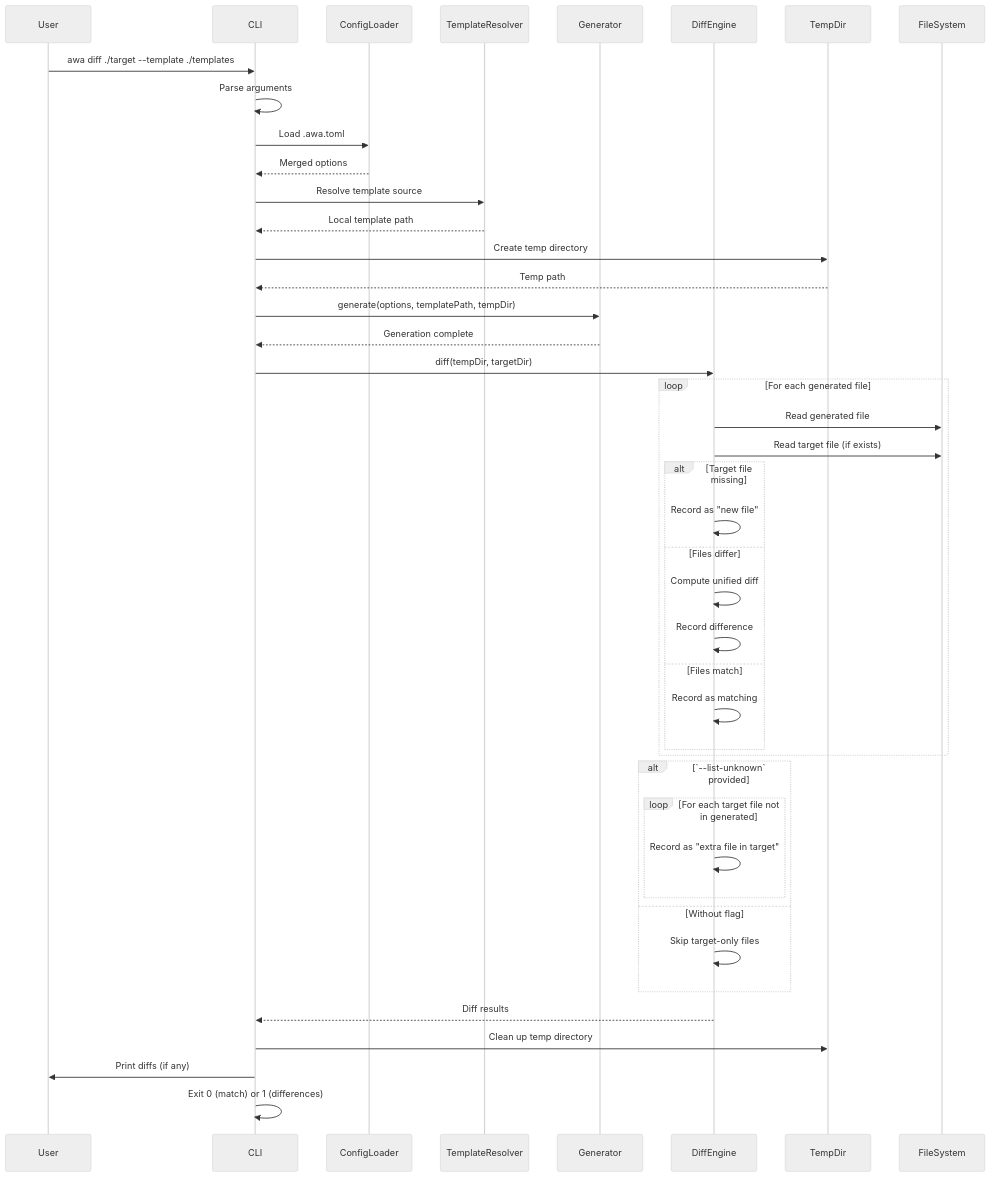
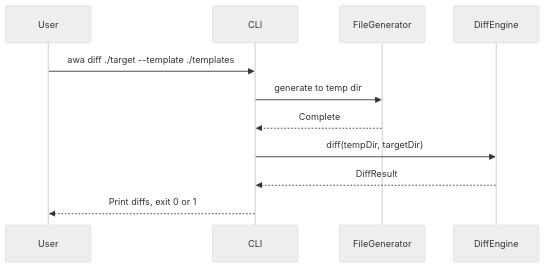
One commit to ncoderz/awa changed the third of 3 diagrams in .awa/specs/ARCHITECTURE.md. Above: the diagram before and after it, drawn with Mermaid (neutral theme). The commit also changed other lines of this file and 9 other files, not shown here.

````diff
--- a/.awa/specs/ARCHITECTURE.md
+++ b/.awa/specs/ARCHITECTURE.md
@@ -419,52 +385,14 @@
 ```mermaid
 sequenceDiagram
     participant User
     participant CLI
-    participant ConfigLoader
-    participant TemplateResolver
-    participant Generator
-    participant DiffEngine
-    participant TempDir
-    participant FileSystem
+    participant Gen as FileGenerator
+    participant Diff as DiffEngine
 
     User->>CLI: awa diff ./target --template ./templates
-    CLI->>CLI: Parse arguments
-    CLI->>ConfigLoader: Load .awa.toml
-    ConfigLoader-->>CLI: Merged options
-    CLI->>TemplateResolver: Resolve template source
-    TemplateResolver-->>CLI: Local template path
-
-    CLI->>TempDir: Create temp directory
-    TempDir-->>CLI: Temp path
-
-    CLI->>Generator: generate(options, templatePath, tempDir)
-    Generator-->>CLI: Generation complete
-
-    CLI->>DiffEngine: diff(tempDir, targetDir)
-
-    loop For each generated file
-        DiffEngine->>FileSystem: Read generated file
-        DiffEngine->>FileSystem: Read target file (if exists)
-        alt Target file missing
-            DiffEngine->>DiffEngine: Record as "new file"
-        else Files differ
-            DiffEngine->>DiffEngine: Compute unified diff
-            DiffEngine->>DiffEngine: Record difference
-        else Files match
-            DiffEngine->>DiffEngine: Record as matching
-        end
-    end
-
-    alt `--list-unknown` provided
-        loop For each target file not in generated
-            DiffEngine->>DiffEngine: Record as "extra file in target"
-        end
-    else Without flag
-        DiffEngine->>DiffEngine: Skip target-only files
-    end
-
-    DiffEngine-->>CLI: Diff results
-    CLI->>TempDir: Clean up temp directory
-    CLI->>User: Print diffs (if any)
-    CLI->>CLI: Exit 0 (match) or 1 (differences)
+    CLI->>Gen: generate to temp dir
+    Gen-->>CLI: Complete
+    CLI->>Diff: diff(tempDir, targetDir)
+    Diff-->>CLI: DiffResult
+    CLI-->>User: Print diffs, exit 0 or 1
 ```
````
